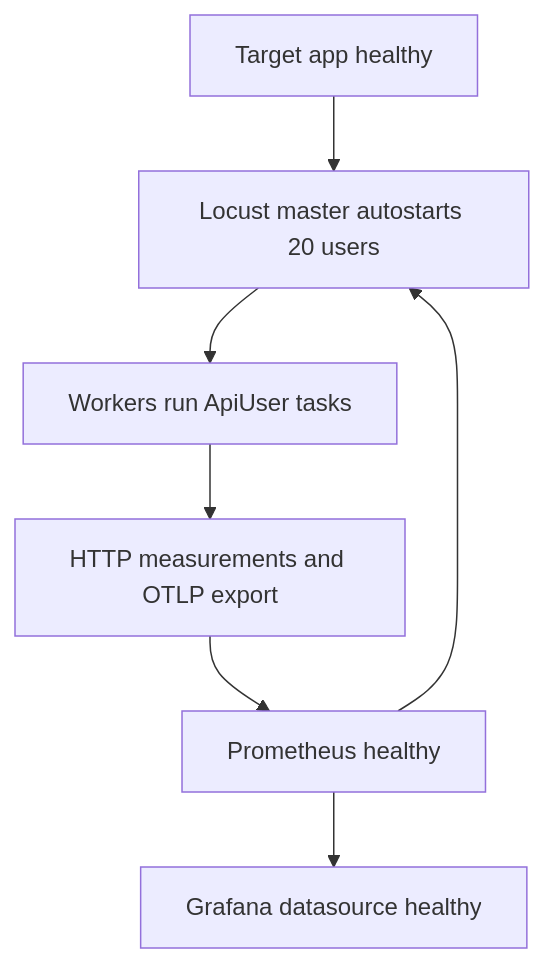
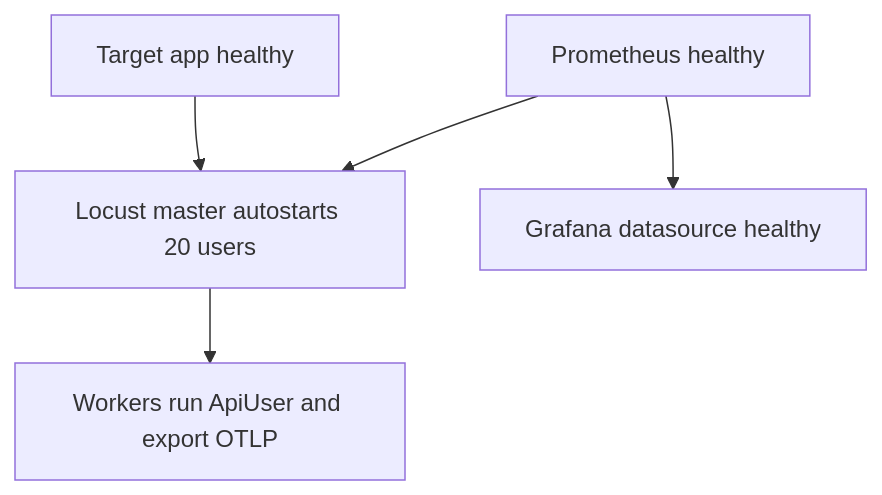
Before and after one commit to yashwant-das/qa-py-locust-grafana: the first of 2 diagrams in docs/architecture.md, drawn with Mermaid. The commit also changed other lines of this file and 2 other files, not shown here.

Commit message:
Record cloud verification and clarify startup and measurement diagrams

````diff
--- a/docs/architecture.md
+++ b/docs/architecture.md
@@ -17,9 +17,7 @@
 ```mermaid
 flowchart TD
     App["Target app healthy"] --> Master["Locust master autostarts 20 users"]
     Prom["Prometheus healthy"] --> Master
-    Master --> Workers["Workers run ApiUser tasks"]
+    Master --> Workers["Workers run ApiUser and export OTLP"]
     Prom --> Grafana["Grafana datasource healthy"]
-    Workers --> Metrics["HTTP measurements and OTLP export"]
-    Metrics --> Prom
 ```
````
